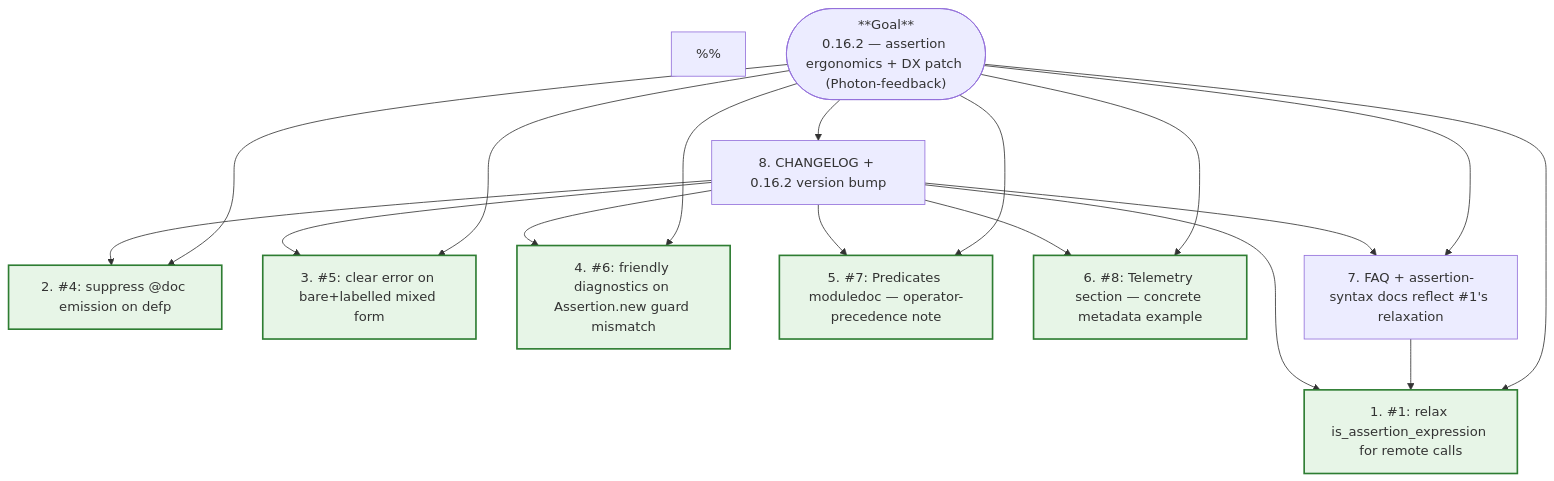
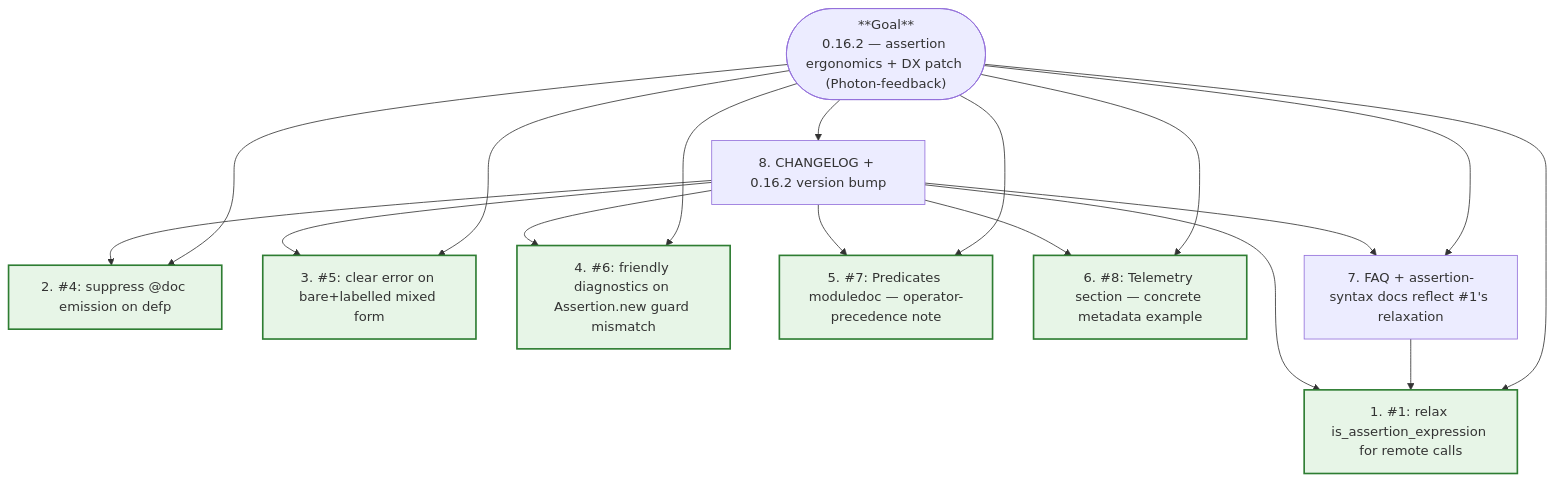
Before and after one commit to jvoegele/bond: the diagram in mikado/dx-fixes.mmd, drawn with Mermaid. The commit also changed 10 other files, not shown here.

Commit message:
Fix "phantom" `%%` nodes in Mermaid Mikado graphs

```diff
--- a/mikado/dx-fixes.mmd
+++ b/mikado/dx-fixes.mmd
@@ -1,66 +1,66 @@
 flowchart TD
 %% Mikado graph for the 0.16.2 release — a DX patch surfaced by dogfooding
 %% Bond on a real-world umbrella app (Photon, ~200+ modules).
-%%
+
 %% Arrows point from a goal to its prerequisites. Leaves (green) have no
 %% further prerequisites and are safe to start with. Depth-first per Mikado:
 %% pick a leaf, finish it, commit, repeat.
-%%
+
 %% Scope: four small code fixes plus two docs adds, all small and independent,
 %% all unblocking real contract patterns that surfaced in Photon. Coheres
 %% around "make assertion syntax less surprising and consumer-facing surfaces
 %% better documented."
-%%
+
 %% Out of scope (deferred to 0.17.0 or later):
 %%   - #2 wrapper-head shape leak. Real bug, but the right design (shape-
 %%     neutral wrapper + restricted refs vs per-clause wrapper) is uncertain
 %%     enough to warrant its own planning conversation.
 %%   - #3 unused-variable warnings from destructure-in-head patterns. Partially
 %%     subsumed by #2's resolution.
 %%   - Uniform `Bond.CompileError` wrapper across all compiler parser errors.
 %%     #6 narrowly targets the most common case; broader cleanup later.
-%%
+
 %% Findings (numbered as in the original dogfood report):
 %%   1. Remote function calls (`String.starts_with?(x, "foo")`) reject the
 %%      `Assertion.is_assertion_expression/1` guard because the AST's head is
 %%      a `{:., _, _}` 3-tuple, not an atom. Relax the guard.
 %%   4. `@doc` auto-emission on `defp` triggers Elixir's "@doc discarded for
 %%      private functions" warning. Suppress at the `ContractDocs.doc_clauses/4`
 %%      entry point.
 %%   5. `@pre is_binary(x), positive: x > 0` parses as a 2-arg `@/2` call and
 %%      falls through to Kernel's catch-all with an arity error. Detect at the
 %%      `@` macro and raise a clear `CompileError`.
 %%   6. `Assertion.new/5` failing the guard surfaces an unfriendly stack
 %%      dumping the full `Macro.Env`. Wrap the macro-layer call sites in
 %%      lib/bond.ex with a try/rescue that raises a Bond-shaped CompileError
 %%      with file/line/source and a one-sentence diagnostic.
 %%   7. `~>` and `<~` share precedence and left-associate, so
 %%      `A ~> pattern <~ B` parses unintuitively. Pure docs add — short
 %%      "Operator precedence" section in Bond.Predicates with the canonical
 %%      example and parens fix.
 %%   8. Telemetry metadata's `:function` key is `{name, arity}` — easy to
 %%      forget when wiring handlers. Concrete metadata-map example in the
 %%      Telemetry section so consumers don't have to read source.
 
     G(["**Goal**<br/>0.16.2 — assertion ergonomics + DX patch (Photon-feedback)"])
 
     G --> S1[1. #1: relax is_assertion_expression for remote calls]
     G --> S2[2. #4: suppress @doc emission on defp]
     G --> S3[3. #5: clear error on bare+labelled mixed form]
     G --> S4[4. #6: friendly diagnostics on Assertion.new guard mismatch]
     G --> S5[5. #7: Predicates moduledoc — operator-precedence note]
     G --> S6[6. #8: Telemetry section — concrete metadata example]
     G --> D1[7. FAQ + assertion-syntax docs reflect #1's relaxation]
     G --> R1[8. CHANGELOG + 0.16.2 version bump]
 
     D1 --> S1
     R1 --> S1
     R1 --> S2
     R1 --> S3
     R1 --> S4
     R1 --> S5
     R1 --> S6
     R1 --> D1
 
     classDef leaf fill:#e7f5e7,stroke:#2e7d32,stroke-width:2px;
     class S1,S2,S3,S4,S5,S6 leaf;
```
